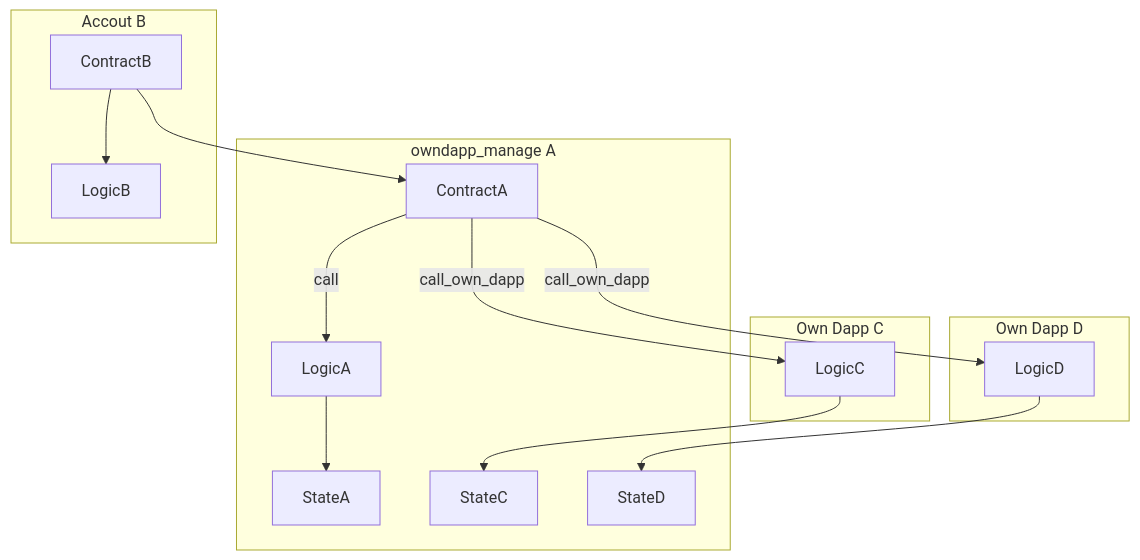
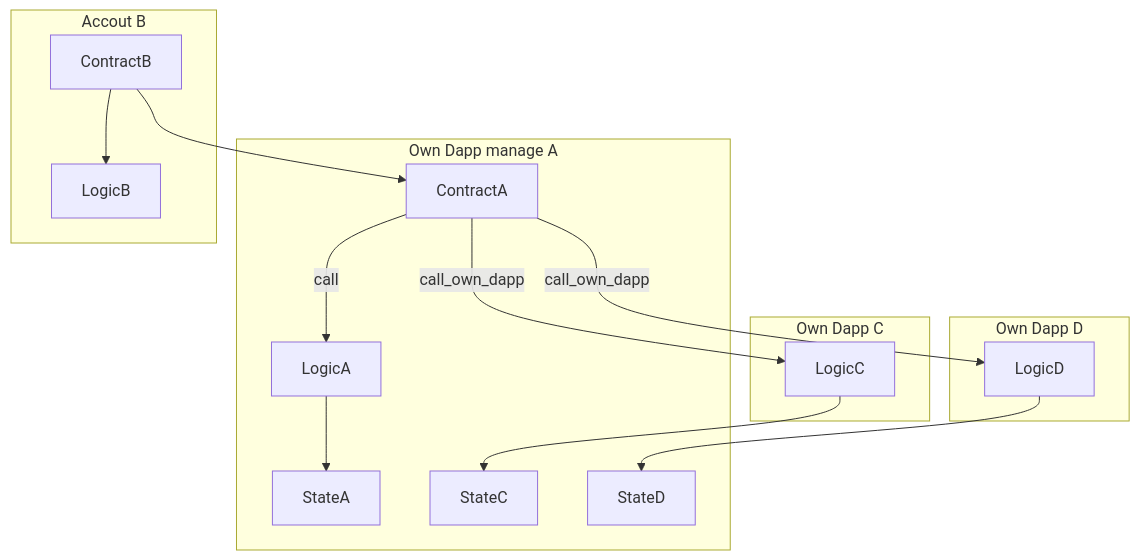
One commit to mossdapp/owndapp_manage changed the second of 2 diagrams in README.md. Above: the diagram before and after it, drawn with Mermaid. The commit also changed 2 other files, not shown here.

````diff
--- a/README.md
+++ b/README.md
@@ -50,30 +50,30 @@
 ```mermaid
 flowchart TD
     
-    subgraph owndapp_manage A
+    subgraph Own Dapp manage A
 			  StateA
 			  StateC
 			  StateD
         
     ContractA--call-->LogicA
     end
    
     subgraph Own Dapp C
     LogicC
     end
 
 		subgraph Own Dapp D
     LogicD
     end
 
     subgraph Accout B
     ContractB-->LogicB
     end
 
     ContractA --call_own_dapp--> LogicC
     LogicC--> StateC
 		ContractA --call_own_dapp-->  LogicD
     LogicD--> StateD
     LogicA--> StateA
     ContractB --> ContractA
 ```
````
